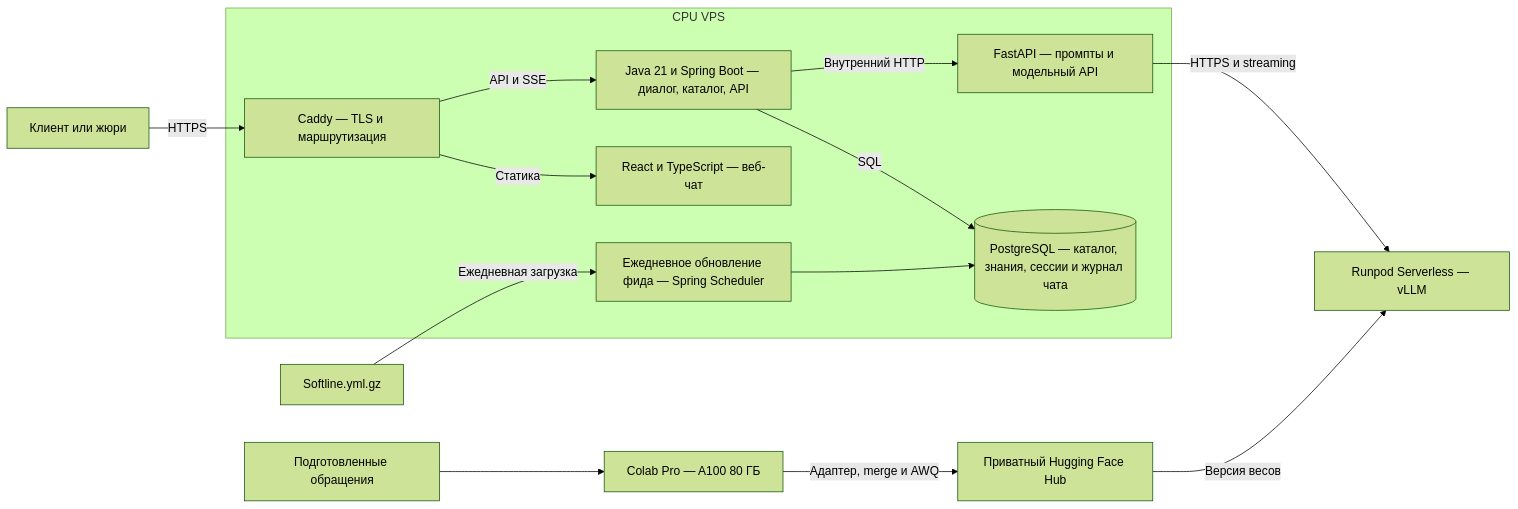
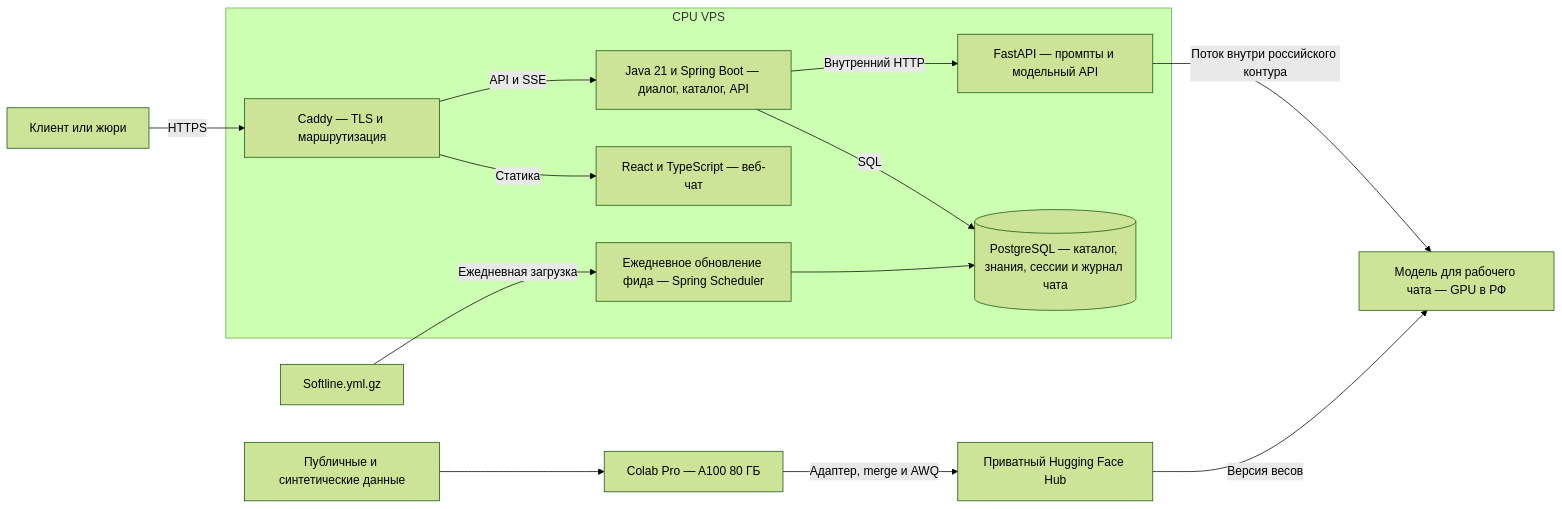
Before and after one commit to Son-Go/ai_forge_by_Tatarskii_Bogatir: the first of 2 diagrams in ARCHITECTURE.md, drawn with Mermaid (forest theme). The commit also changed other lines of this file and 20 other files, not shown here.

````diff
--- a/ARCHITECTURE.md
+++ b/ARCHITECTURE.md
@@ -22,24 +22,24 @@
 ```mermaid
 flowchart LR
     U["Клиент или жюри"] -->|HTTPS| EDGE
 
     subgraph VPS["CPU VPS"]
         EDGE["Caddy — TLS и маршрутизация"]
         UI["React и TypeScript — веб-чат"]
         BE["Java 21 и Spring Boot — диалог, каталог, API"]
         DB[("PostgreSQL — каталог, знания, сессии и журнал чата")]
         ML["FastAPI — промпты и модельный API"]
         IMPORT["Ежедневное обновление фида — Spring Scheduler"]
         EDGE -->|Статика| UI
         EDGE -->|API и SSE| BE
         BE -->|SQL| DB
         BE -->|Внутренний HTTP| ML
         IMPORT --> DB
     end
 
     FEED["Softline.yml.gz"] -->|Ежедневная загрузка| IMPORT
-    ML -->|HTTPS и streaming| GPU["Runpod Serverless — vLLM"]
-    RAW["Подготовленные обращения"] --> COLAB["Colab Pro — A100 80 ГБ"]
+    ML -->|Поток внутри российского контура| GPU["Модель для рабочего чата — GPU в РФ"]
+    RAW["Публичные и синтетические данные"] --> COLAB["Colab Pro — A100 80 ГБ"]
     COLAB -->|Адаптер, merge и AWQ| HUB["Приватный Hugging Face Hub"]
     HUB -->|Версия весов| GPU
 ```
````
